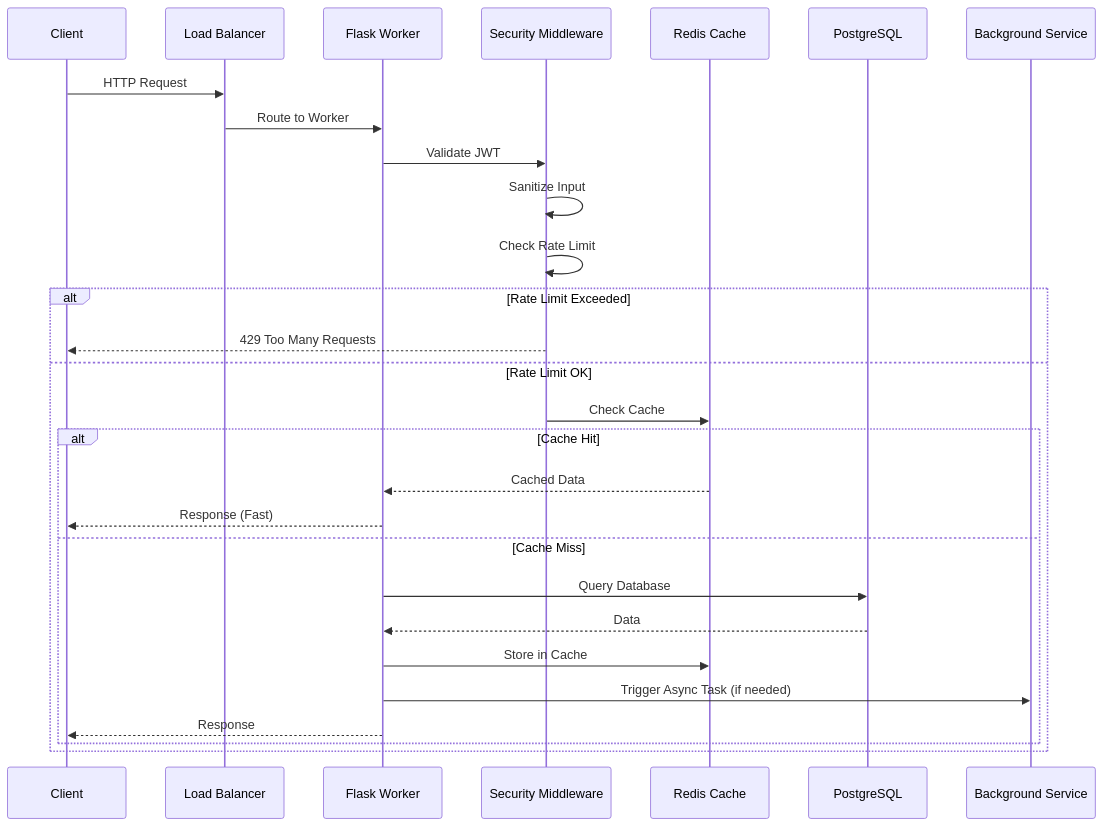
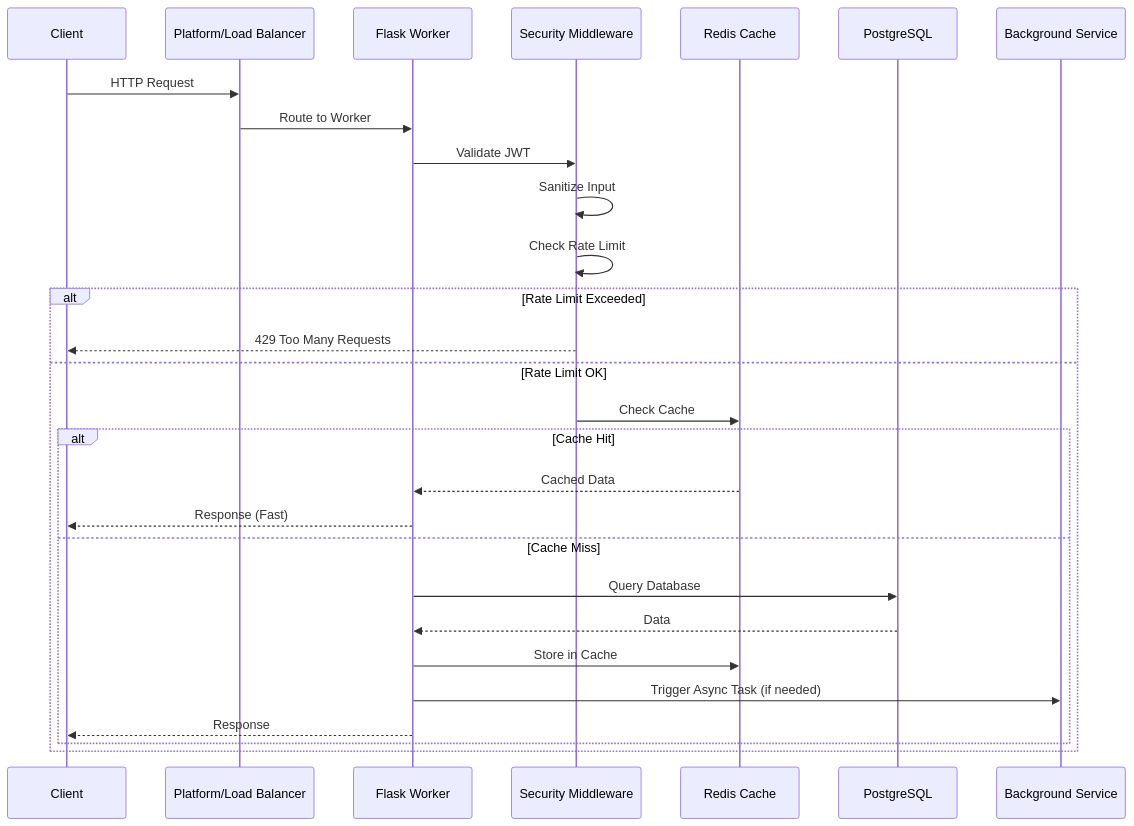
One commit to Ujjwaljain16/Fuze changed diagram 18 of 21 in docs/ARCHITECTURE.md. Above: the diagram before and after it, drawn with Mermaid. The commit also changed other lines of this file and 2 other files, not shown here.

````diff
--- a/docs/ARCHITECTURE.md
+++ b/docs/ARCHITECTURE.md
@@ -943,32 +1060,32 @@
 ```mermaid
 sequenceDiagram
     participant Client
-    participant LB as Load Balancer
+    participant LB as Platform/Load Balancer
     participant Worker as Flask Worker
     participant Middleware as Security Middleware
     participant Cache as Redis Cache
     participant DB as PostgreSQL
     participant Background as Background Service
     
     Client->>LB: HTTP Request
     LB->>Worker: Route to Worker
     Worker->>Middleware: Validate JWT
     Middleware->>Middleware: Sanitize Input
     Middleware->>Middleware: Check Rate Limit
     
     alt Rate Limit Exceeded
         Middleware-->>Client: 429 Too Many Requests
     else Rate Limit OK
         Middleware->>Cache: Check Cache
         alt Cache Hit
             Cache-->>Worker: Cached Data
             Worker-->>Client: Response (Fast)
         else Cache Miss
             Worker->>DB: Query Database
             DB-->>Worker: Data
             Worker->>Cache: Store in Cache
             Worker->>Background: Trigger Async Task (if needed)
             Worker-->>Client: Response
         end
     end
 ```
````
